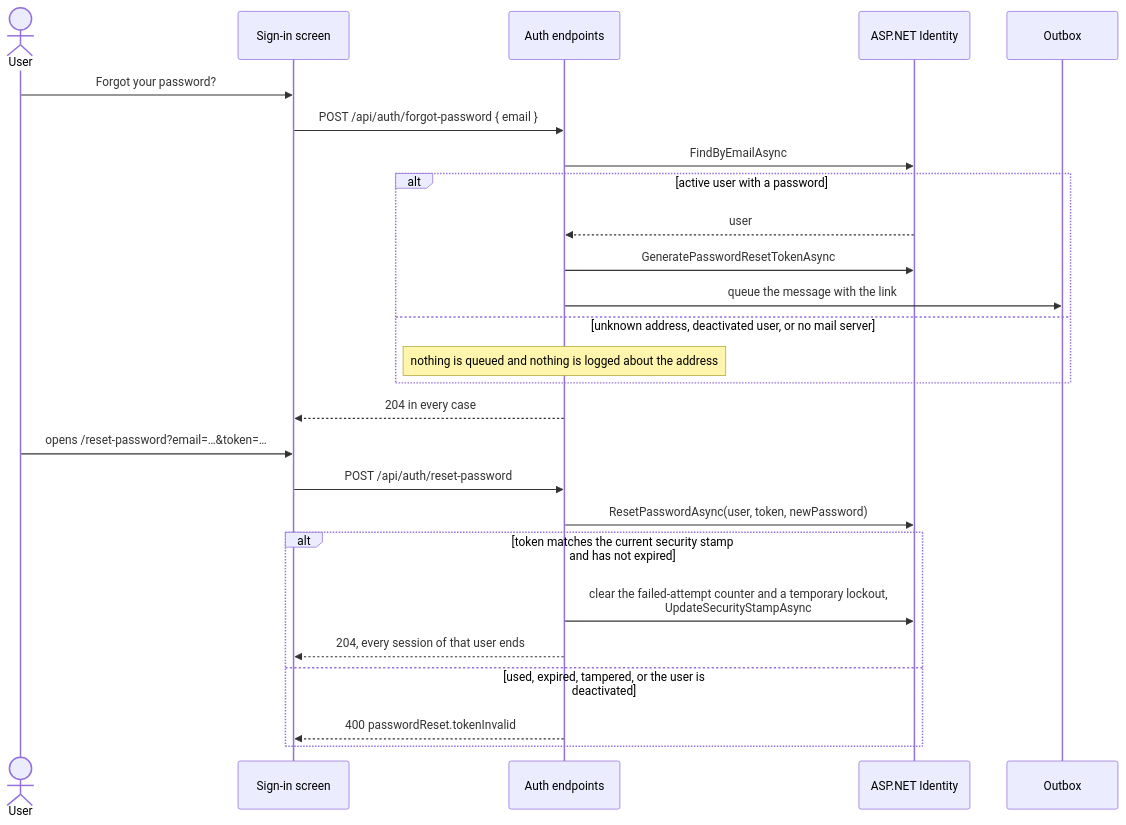
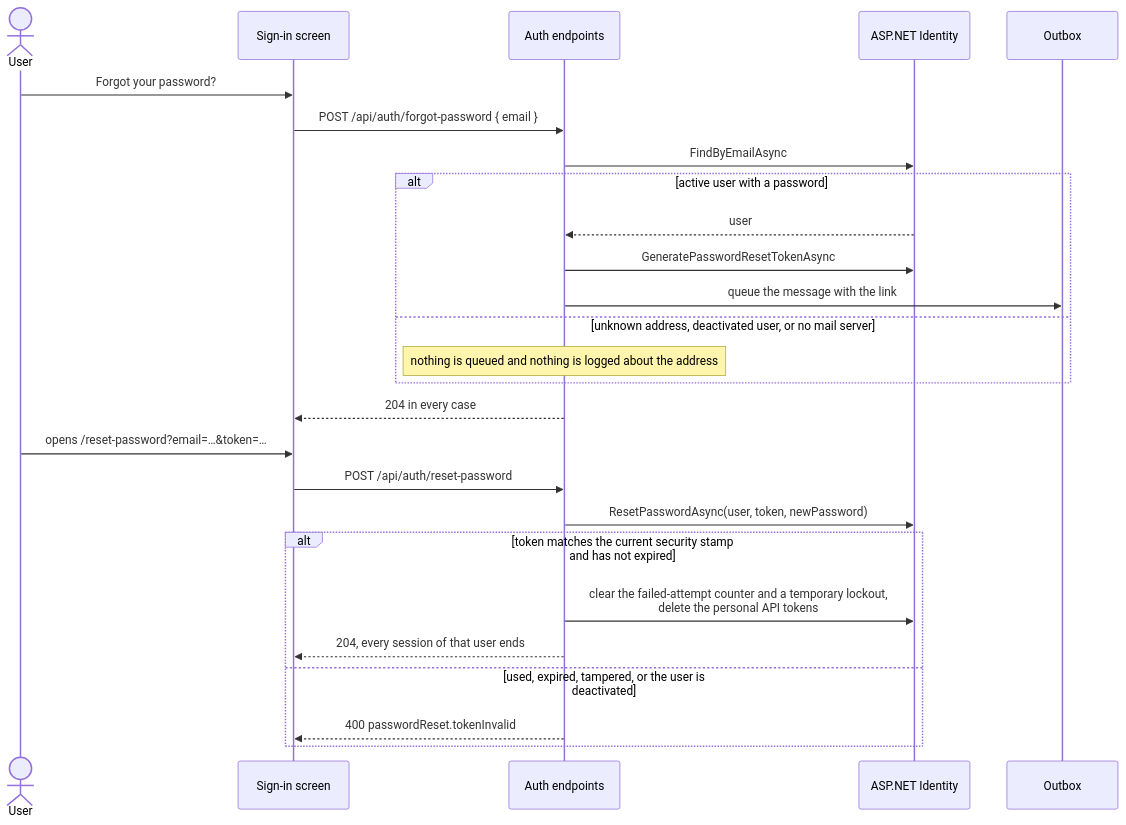
The third of 4 diagrams in docs/features/email.md (Justxs/Jx-Finance), drawn with Mermaid before and after one commit. The commit also changed other lines of this file and 62 other files, not shown here.

````diff
--- a/docs/features/email.md
+++ b/docs/features/email.md
@@ -92,28 +92,28 @@
 ```mermaid
 sequenceDiagram
     actor User
     participant App as Sign-in screen
     participant Api as Auth endpoints
     participant Id as ASP.NET Identity
     participant Queue as Outbox
     User->>App: Forgot your password?
     App->>Api: POST /api/auth/forgot-password { email }
     Api->>Id: FindByEmailAsync
     alt active user with a password
         Id-->>Api: user
         Api->>Id: GeneratePasswordResetTokenAsync
         Api->>Queue: queue the message with the link
     else unknown address, deactivated user, or no mail server
         Note over Api: nothing is queued and nothing is logged about the address
     end
     Api-->>App: 204 in every case
     User->>App: opens /reset-password?email=…&token=…
     App->>Api: POST /api/auth/reset-password
     Api->>Id: ResetPasswordAsync(user, token, newPassword)
     alt token matches the current security stamp and has not expired
-        Api->>Id: clear the failed-attempt counter and a temporary lockout,<br/>UpdateSecurityStampAsync
+        Api->>Id: clear the failed-attempt counter and a temporary lockout,<br/>delete the personal API tokens
         Api-->>App: 204, every session of that user ends
     else used, expired, tampered, or the user is deactivated
         Api-->>App: 400 passwordReset.tokenInvalid
     end
 ```
````
